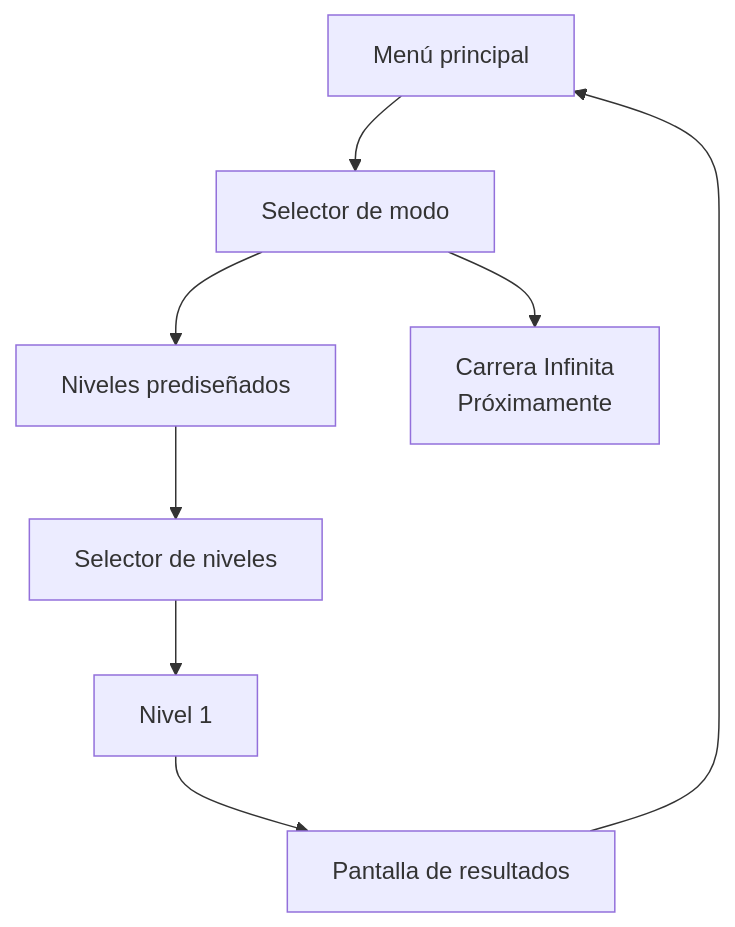
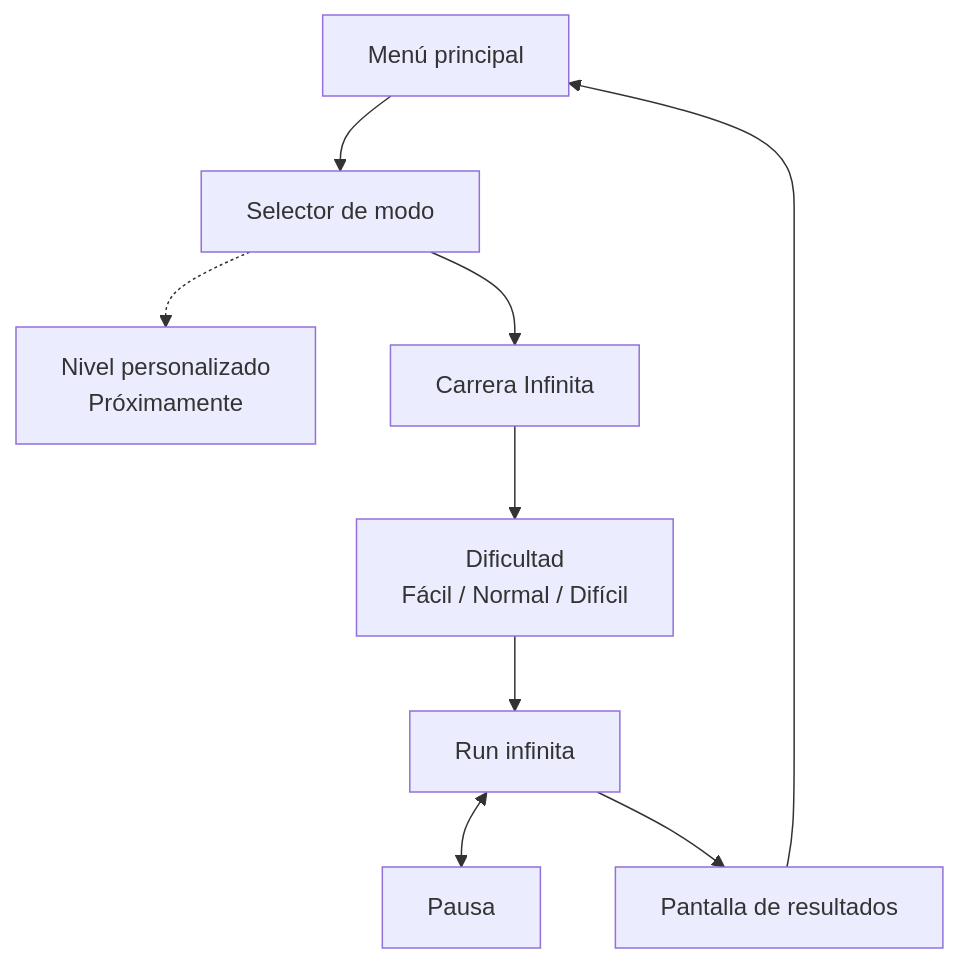
One commit to s1vh-game-jams/FICIV-AnimaGameJam-MudanzasTortugaSL changed the diagram in README.md. Above: the diagram before and after it, drawn with Mermaid. The commit also changed other lines of this file and 10 other files, not shown here.

````diff
--- a/README.md
+++ b/README.md
@@ -267,10 +271,11 @@
 ```mermaid
 flowchart TD
     A[Menú principal] --> B[Selector de modo]
-    B --> C[Niveles prediseñados]
-    B --> D[Carrera Infinita<br/>Próximamente]
-    C --> E[Selector de niveles]
-    E --> F[Nivel 1]
+    B -.-> C[Nivel personalizado<br/>Próximamente]
+    B --> D[Carrera Infinita]
+    D --> E[Dificultad<br/>Fácil / Normal / Difícil]
+    E --> F[Run infinita]
+    F <--> P[Pausa]
     F --> G[Pantalla de resultados]
     G --> A
 ```
````
